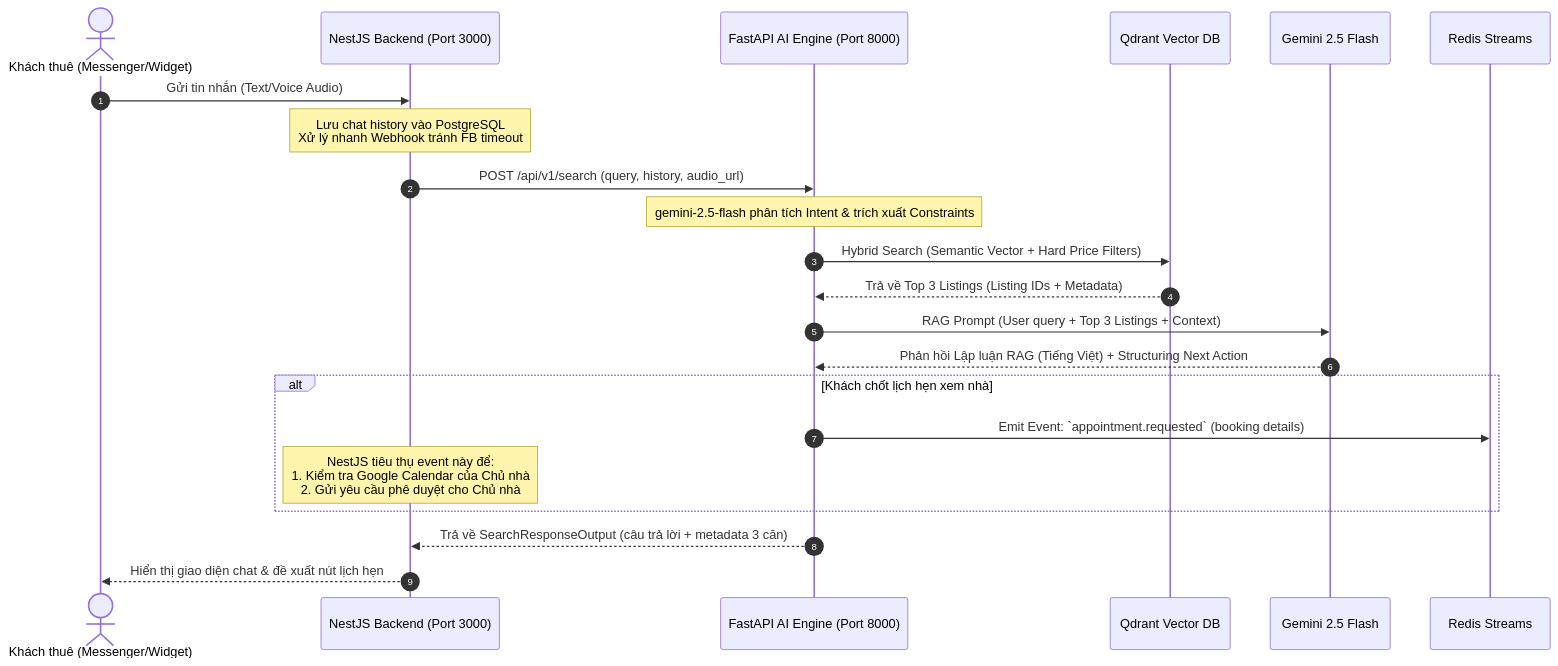
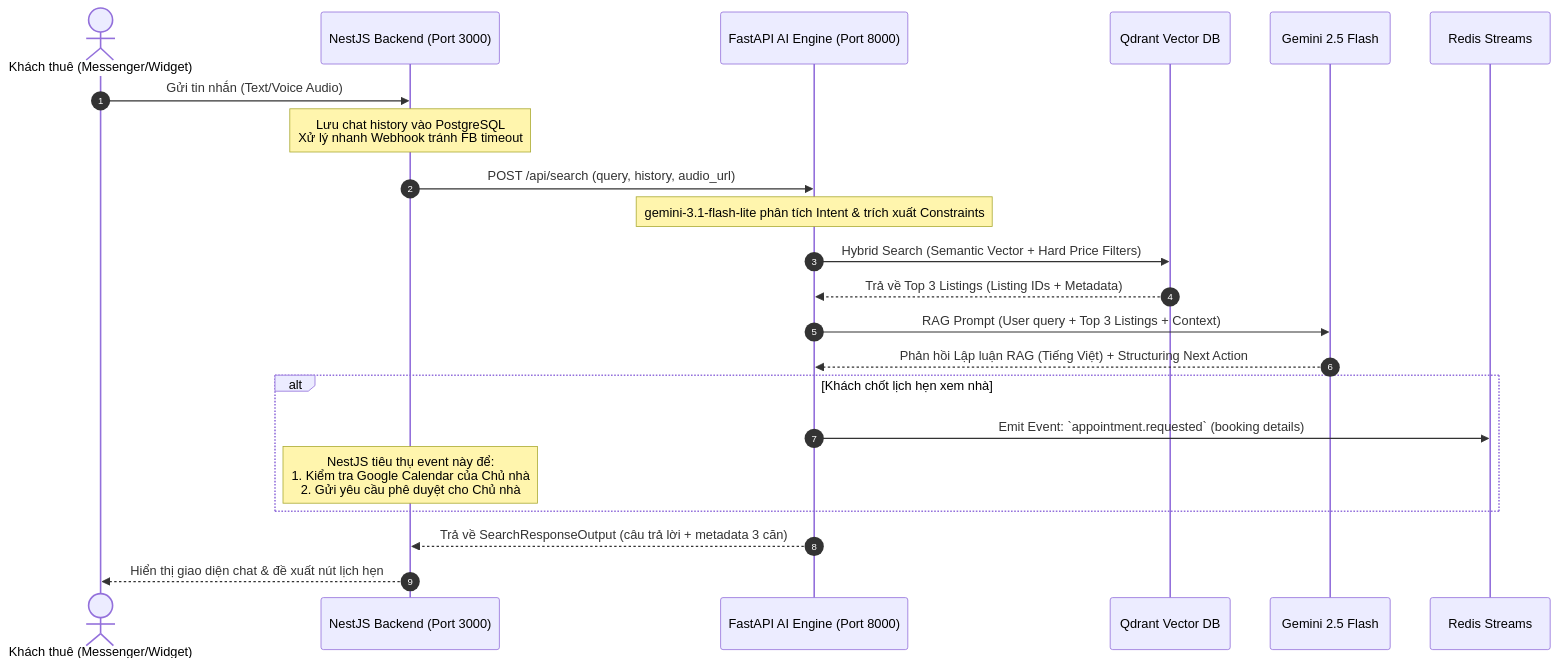
One commit to DungGiaIT/AI-agent-apartment changed the diagram in implementation_plan.md. Above: the diagram before and after it, drawn with Mermaid. The commit also changed other lines of this file and 18 other files, not shown here.

````diff
--- a/implementation_plan.md
+++ b/implementation_plan.md
@@ -13,29 +13,29 @@
 ```mermaid
 sequenceDiagram
     autonumber
     actor Tenant as Khách thuê (Messenger/Widget)
     participant Nest as NestJS Backend (Port 3000)
     participant Fast as FastAPI AI Engine (Port 8000)
     participant Qdrant as Qdrant Vector DB
     participant Gemini as Gemini 2.5 Flash
     participant Redis as Redis Streams
 
     Tenant->>Nest: Gửi tin nhắn (Text/Voice Audio)
     Note over Nest: Lưu chat history vào PostgreSQL<br/>Xử lý nhanh Webhook tránh FB timeout
-    Nest->>Fast: POST /api/v1/search (query, history, audio_url)
+    Nest->>Fast: POST /api/search (query, history, audio_url)
     
-    Note over Fast: gemini-2.5-flash phân tích Intent & trích xuất Constraints
+    Note over Fast: gemini-3.1-flash-lite phân tích Intent & trích xuất Constraints
     Fast->>Qdrant: Hybrid Search (Semantic Vector + Hard Price Filters)
     Qdrant-->>Fast: Trả về Top 3 Listings (Listing IDs + Metadata)
     
     Fast->>Gemini: RAG Prompt (User query + Top 3 Listings + Context)
     Gemini-->>Fast: Phản hồi Lập luận RAG (Tiếng Việt) + Structuring Next Action
     
     alt Khách chốt lịch hẹn xem nhà
         Fast->>Redis: Emit Event: `appointment.requested` (booking details)
         Note over Nest: NestJS tiêu thụ event này để:<br/>1. Kiểm tra Google Calendar của Chủ nhà<br/>2. Gửi yêu cầu phê duyệt cho Chủ nhà
     end
     
     Fast-->>Nest: Trả về SearchResponseOutput (câu trả lời + metadata 3 căn)
     Nest-->>Tenant: Hiển thị giao diện chat & đề xuất nút lịch hẹn
 ```
````
